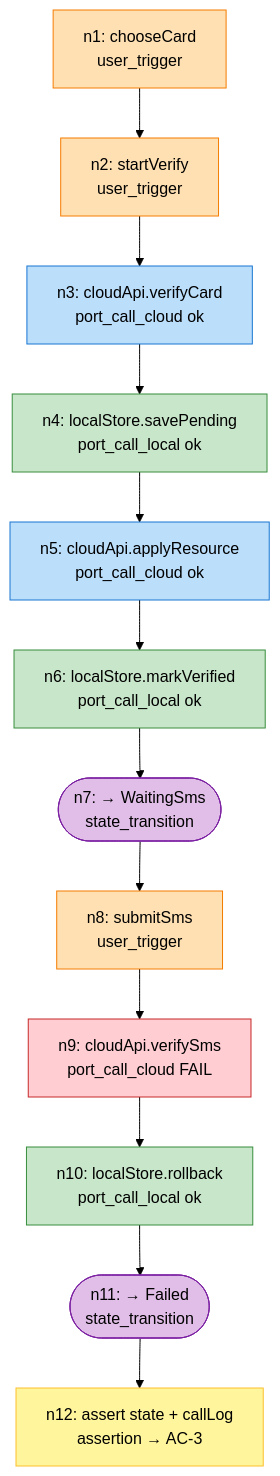
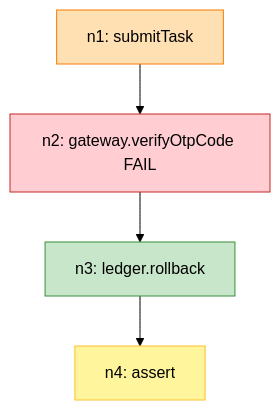
Before and after one commit to sqsqsq/SimulatedWalletForHmos: the diagram in framework/profiles/hmos-app/skills/5-business-ut/templates/dag-schema.md, drawn with Mermaid (forest theme). The commit also changed other lines of this file and 30 other files, not shown here.

````diff
--- a/framework/profiles/hmos-app/skills/5-business-ut/templates/dag-schema.md
+++ b/framework/profiles/hmos-app/skills/5-business-ut/templates/dag-schema.md
@@ -298,24 +226,12 @@
 ```mermaid
 flowchart TD
-    n1["n1: chooseCard<br/>user_trigger"]:::trg
-    n2["n2: startVerify<br/>user_trigger"]:::trg
-    n3["n3: cloudApi.verifyCard<br/>port_call_cloud ok"]:::cloud
-    n4["n4: localStore.savePending<br/>port_call_local ok"]:::local
-    n5["n5: cloudApi.applyResource<br/>port_call_cloud ok"]:::cloud
-    n6["n6: localStore.markVerified<br/>port_call_local ok"]:::local
-    n7(["n7: → WaitingSms<br/>state_transition"]):::state
-    n8["n8: submitSms<br/>user_trigger"]:::trg
-    n9["n9: cloudApi.verifySms<br/>port_call_cloud FAIL"]:::cloudFail
-    n10["n10: localStore.rollback<br/>port_call_local ok"]:::local
-    n11(["n11: → Failed<br/>state_transition"]):::state
-    n12["n12: assert state + callLog<br/>assertion → AC-3"]:::assert
-
-    n1 --> n2 --> n3 --> n4 --> n5 --> n6 --> n7 --> n8 --> n9 --> n10 --> n11 --> n12
-
-    classDef trg   fill:#ffe0b2,stroke:#f57c00
-    classDef cloud fill:#bbdefb,stroke:#1976d2
+    n1["n1: submitTask"]:::trg
+    n2["n2: gateway.verifyOtpCode FAIL"]:::cloudFail
+    n3["n3: ledger.rollback"]:::local
+    n4["n4: assert"]:::assert
+    n1 --> n2 --> n3 --> n4
+    classDef trg fill:#ffe0b2,stroke:#f57c00
     classDef cloudFail fill:#ffcdd2,stroke:#c62828
     classDef local fill:#c8e6c9,stroke:#388e3c
-    classDef state fill:#e1bee7,stroke:#7b1fa2
     classDef assert fill:#fff59d,stroke:#fbc02d
 ```
````
